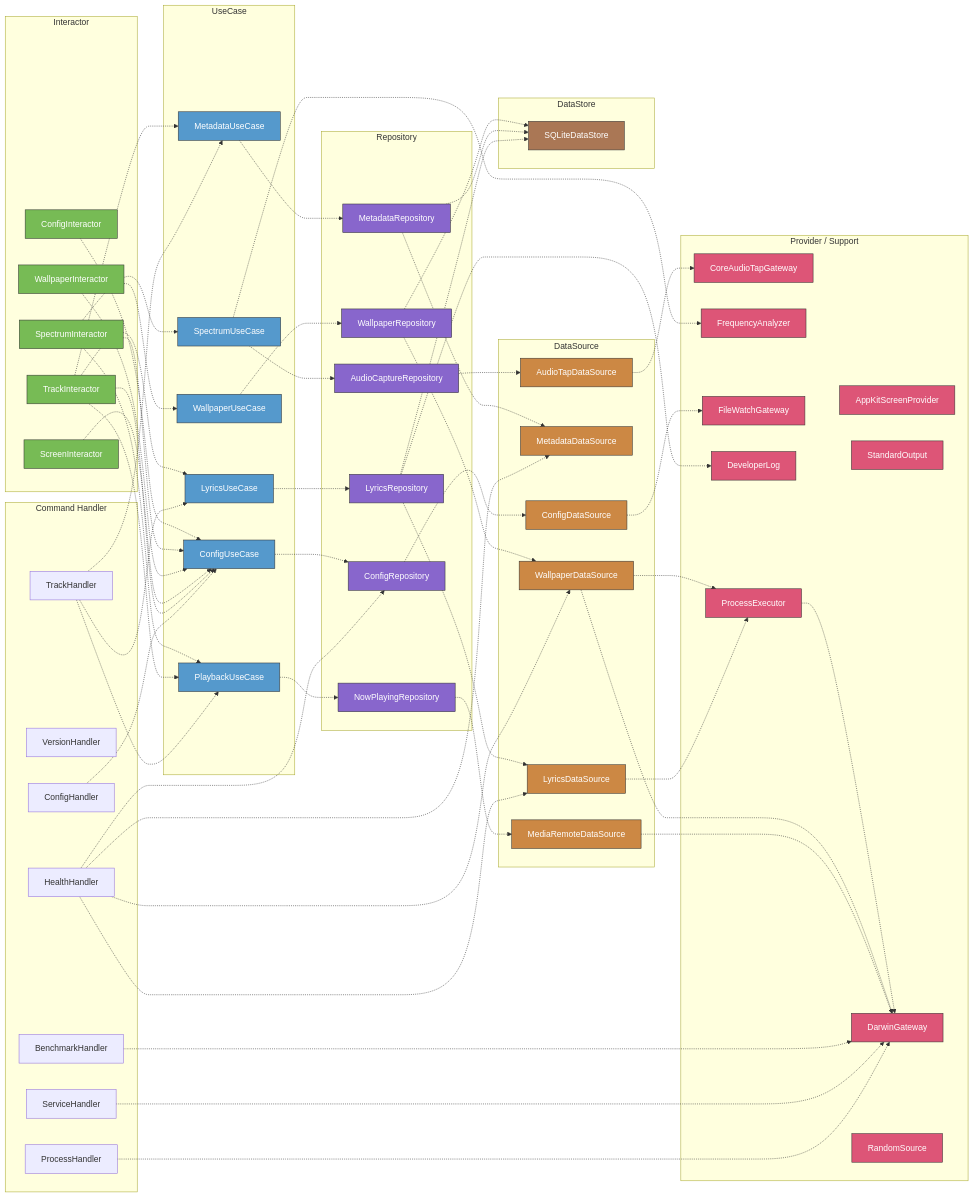
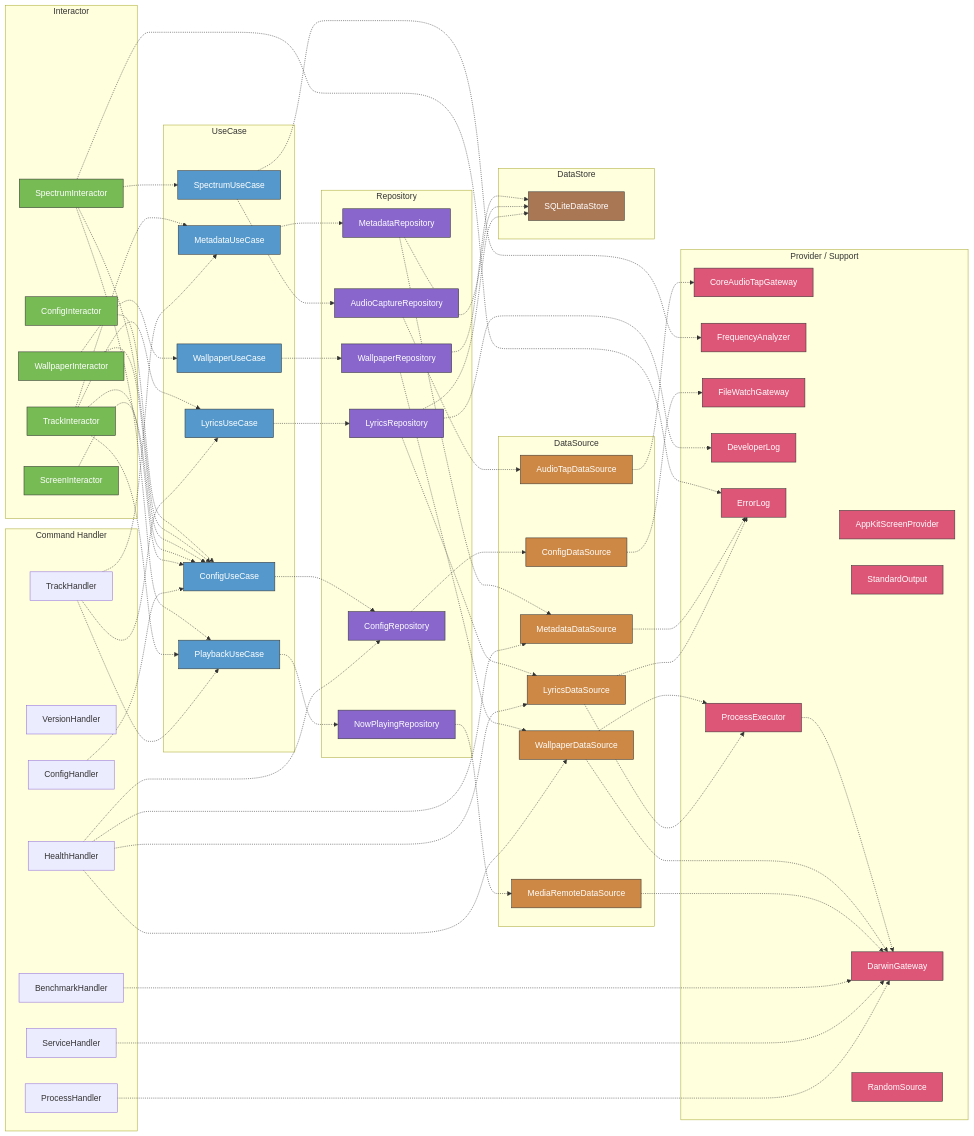
Before and after one commit to GeneralD/lyra: the second of 3 diagrams in docs/ARCHITECTURE.md, drawn with Mermaid. The commit also changed other lines of this file and 13 other files, not shown here.

```diff
--- a/docs/ARCHITECTURE.md
+++ b/docs/ARCHITECTURE.md
@@ -148,6 +148,7 @@
         FrequencyAnalyzer[FrequencyAnalyzer]
         FileWatchGateway[FileWatchGateway]
         DeveloperLog[DeveloperLog]
+        ErrorLog[ErrorLog]
         ProcessExecutor[ProcessExecutor]
         RandomSource[RandomSource]
     end
@@ -183,6 +184,7 @@
     MediaRemoteDataSource -.-> DarwinGateway
     WallpaperDataSource -.-> DarwinGateway
     LyricsDataSource -.-> ProcessExecutor
+    LyricsDataSource & MetadataDataSource & SpectrumInteractor -.-> ErrorLog
     WallpaperDataSource -.-> ProcessExecutor
     ProcessExecutor -.-> DarwinGateway
     ConfigDataSource -.-> FileWatchGateway
@@ -218,6 +220,7 @@
     style FrequencyAnalyzer fill:#d57,stroke:#333,color:#fff
     style FileWatchGateway fill:#d57,stroke:#333,color:#fff
     style DeveloperLog fill:#d57,stroke:#333,color:#fff
+    style ErrorLog fill:#d57,stroke:#333,color:#fff
     style ProcessExecutor fill:#d57,stroke:#333,color:#fff
     style RandomSource fill:#d57,stroke:#333,color:#fff
     style SQLiteDataStore fill:#a75,stroke:#333,color:#fff
```
